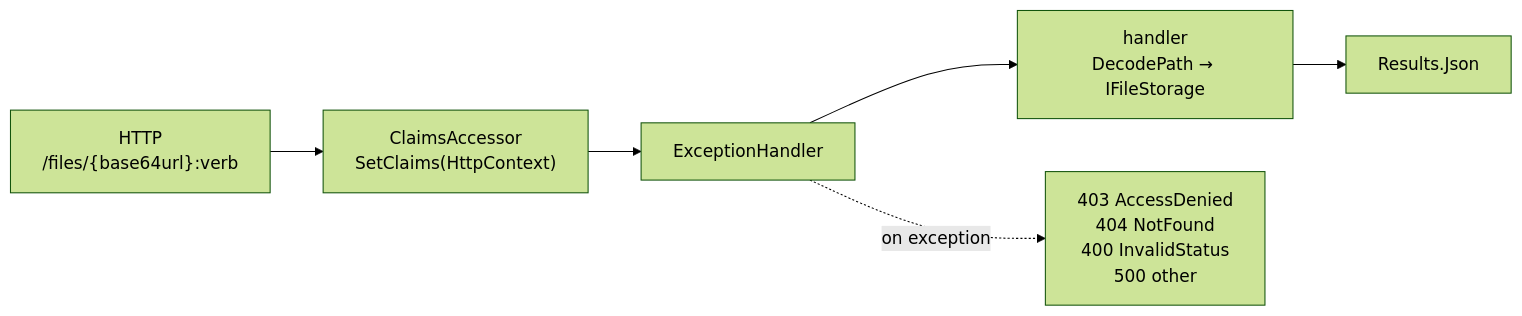
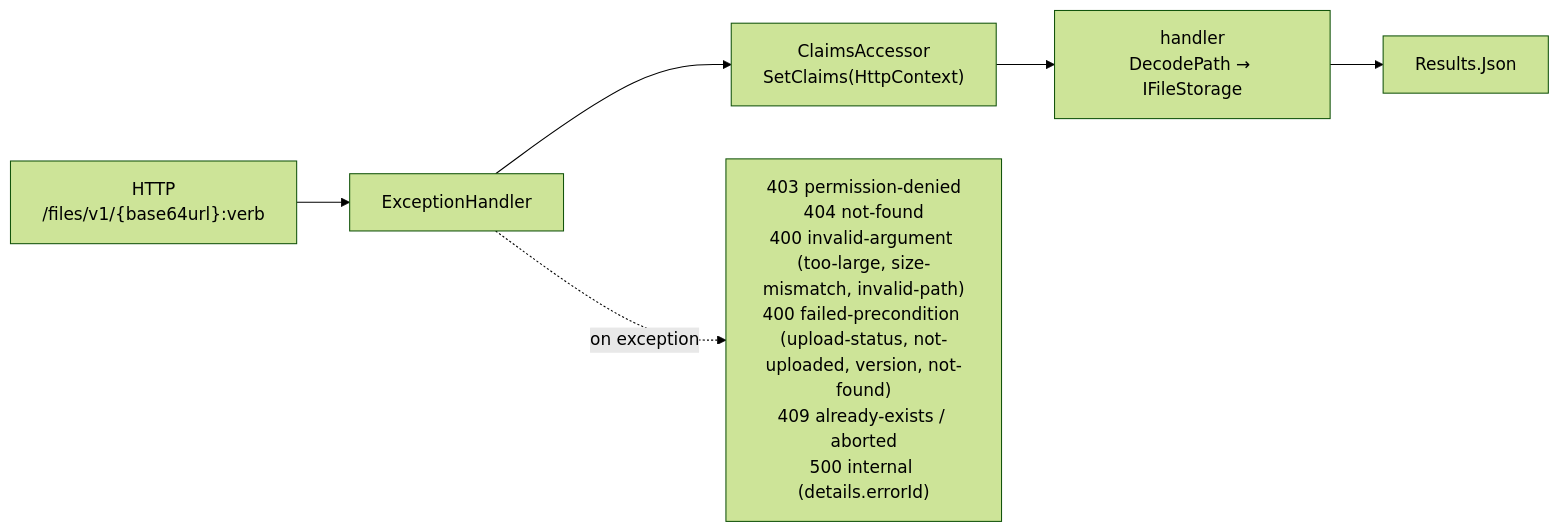
One commit to FlameOfUdun/winche-storage changed the third of 6 diagrams in README.md. Above: the diagram before and after it, drawn with Mermaid (forest theme). The commit also changed other lines of this file and 109 other files, not shown here.

````diff
--- a/README.md
+++ b/README.md
@@ -198,8 +209,8 @@
 ```mermaid
 flowchart LR
-    Req["HTTP<br/>/files/{base64url}:verb"] --> CA["ClaimsAccessor<br/>SetClaims(HttpContext)"]
-    CA --> EH["ExceptionHandler"]
-    EH --> Handler["handler<br/>DecodePath → IFileStorage"]
+    Req["HTTP<br/>/files/v1/{base64url}:verb"] --> EH["ExceptionHandler"]
+    EH --> CA["ClaimsAccessor<br/>SetClaims(HttpContext)"]
+    CA --> Handler["handler<br/>DecodePath → IFileStorage"]
     Handler --> Ok["Results.Json"]
-    EH -. on exception .-> Err["403 AccessDenied<br/>404 NotFound<br/>400 InvalidStatus<br/>500 other"]
+    EH -. on exception .-> Err["403 permission-denied<br/>404 not-found<br/>400 invalid-argument (too-large, size-mismatch, invalid-path)<br/>400 failed-precondition (upload-status, not-uploaded, version, not-found)<br/>409 already-exists / aborted<br/>500 internal (details.errorId)"]
 ```
````
